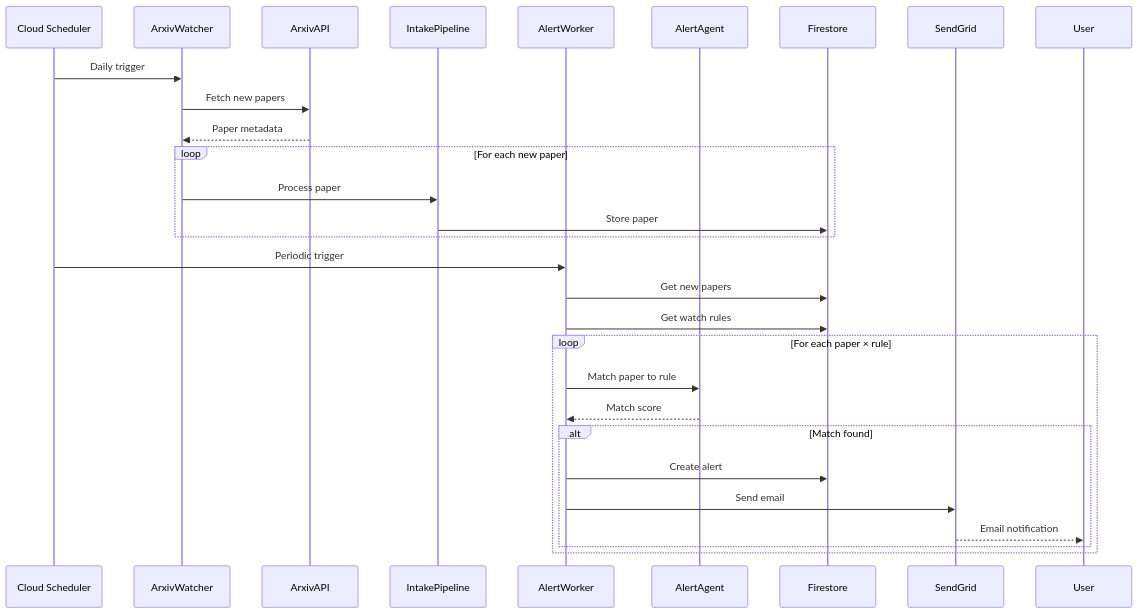
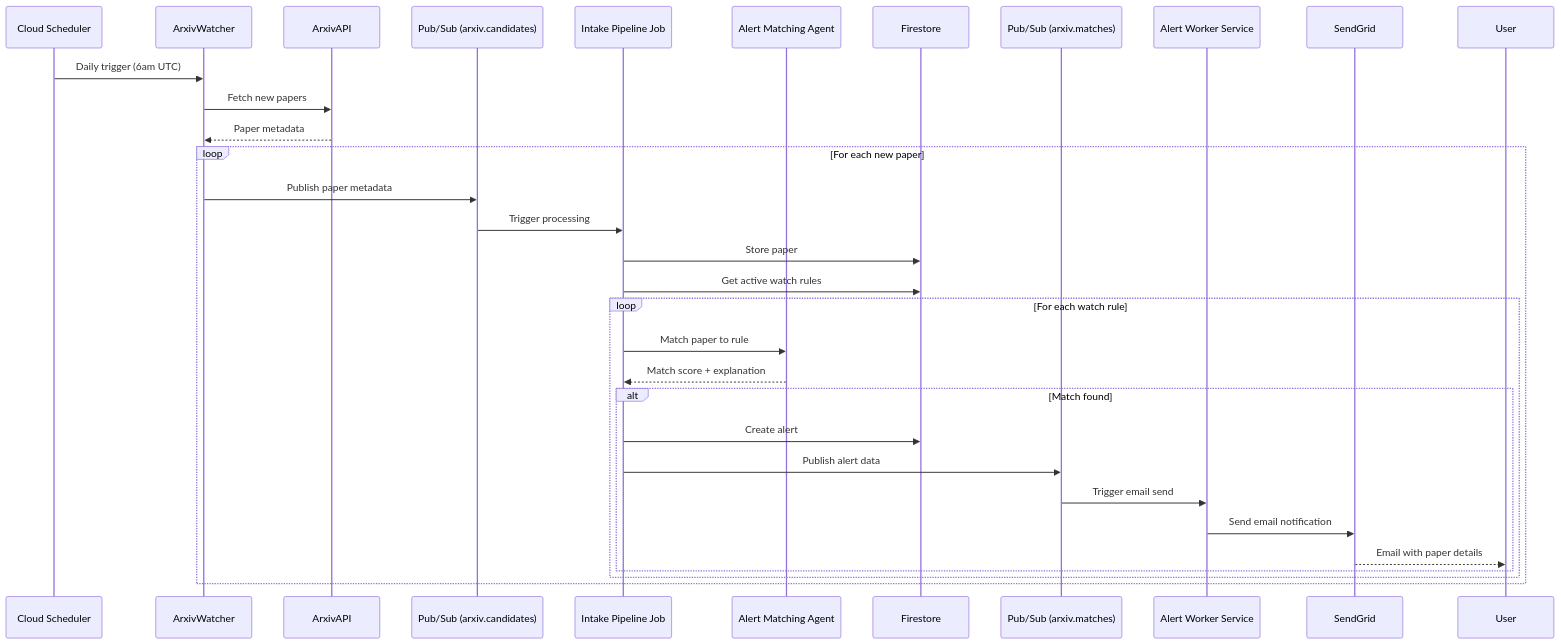
One commit to kar-ganap/research-intelligence-agents changed the fifth of 8 diagrams in ARCHITECTURE.md. Above: the diagram before and after it, drawn with Mermaid. The commit also changed other lines of this file, not shown here.

First line of the commit message:
Fix critical errors in architecture diagrams

````diff
--- a/ARCHITECTURE.md
+++ b/ARCHITECTURE.md
@@ -167,36 +184,38 @@
 ```mermaid
 sequenceDiagram
     participant Scheduler as Cloud Scheduler
     participant ArxivWatcher
     participant ArxivAPI
-    participant IntakePipeline
-    participant AlertWorker
-    participant AlertAgent
+    participant PubSub as Pub/Sub (arxiv.candidates)
+    participant IntakePipeline as Intake Pipeline Job
+    participant AlertAgent as Alert Matching Agent
     participant Firestore
+    participant PubSubMatches as Pub/Sub (arxiv.matches)
+    participant AlertWorker as Alert Worker Service
     participant SendGrid
     participant User
 
-    Scheduler->>ArxivWatcher: Daily trigger
+    Scheduler->>ArxivWatcher: Daily trigger (6am UTC)
     ArxivWatcher->>ArxivAPI: Fetch new papers
     ArxivAPI-->>ArxivWatcher: Paper metadata
 
     loop For each new paper
-        ArxivWatcher->>IntakePipeline: Process paper
+        ArxivWatcher->>PubSub: Publish paper metadata
+        PubSub->>IntakePipeline: Trigger processing
         IntakePipeline->>Firestore: Store paper
-    end
+        IntakePipeline->>Firestore: Get active watch rules
 
-    Scheduler->>AlertWorker: Periodic trigger
-    AlertWorker->>Firestore: Get new papers
-    AlertWorker->>Firestore: Get watch rules
+        loop For each watch rule
+            IntakePipeline->>AlertAgent: Match paper to rule
+            AlertAgent-->>IntakePipeline: Match score + explanation
 
-    loop For each paper × rule
-        AlertWorker->>AlertAgent: Match paper to rule
-        AlertAgent-->>AlertWorker: Match score
-
-        alt Match found
-            AlertWorker->>Firestore: Create alert
-            AlertWorker->>SendGrid: Send email
-            SendGrid-->>User: Email notification
+            alt Match found
+                IntakePipeline->>Firestore: Create alert
+                IntakePipeline->>PubSubMatches: Publish alert data
+                PubSubMatches->>AlertWorker: Trigger email send
+                AlertWorker->>SendGrid: Send email notification
+                SendGrid-->>User: Email with paper details
+            end
         end
     end
 ```
````
